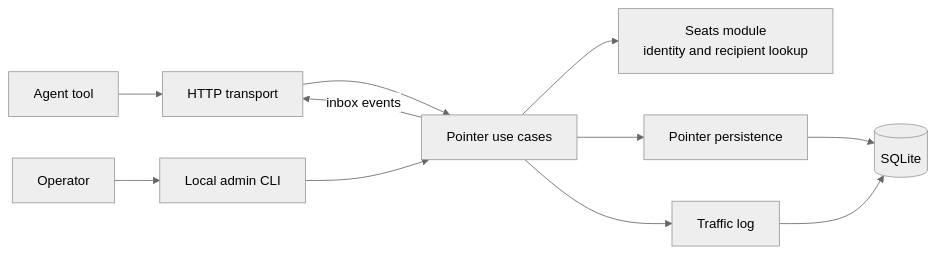
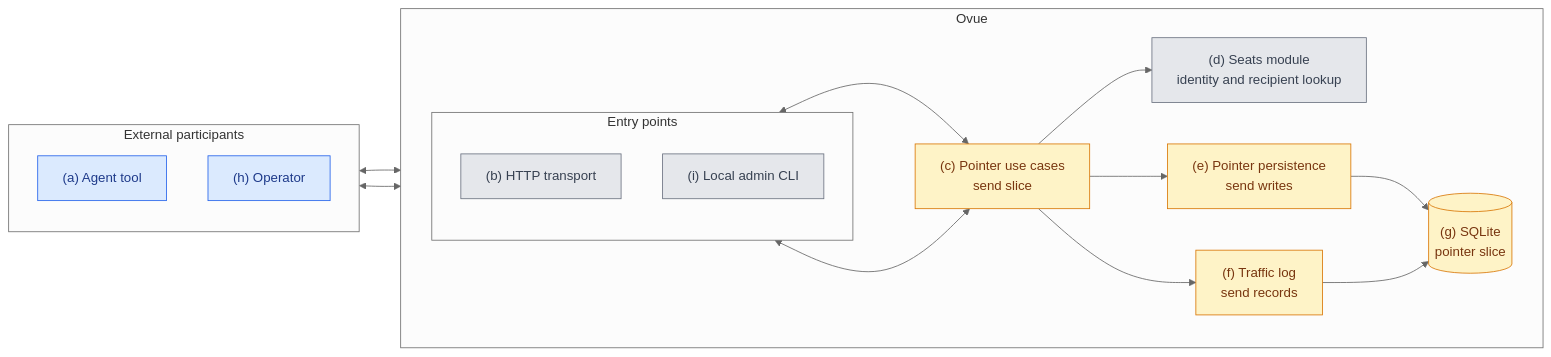
The diagram in ovue/modules/pointers/spec.md (afroguy16/ovue), drawn with Mermaid (neutral theme) before and after one commit. The commit also changed other lines of this file and 3 other files, not shown here.

Commit message:
feat(pointers): implement atomic send slice

````diff
--- a/ovue/modules/pointers/spec.md
+++ b/ovue/modules/pointers/spec.md
@@ -27,16 +27,41 @@
 ```mermaid
 flowchart LR
-    Agent[Agent tool] --> HTTP[HTTP transport]
-    Operator[Operator] --> CLI[Local admin CLI]
+    subgraph People[External participants]
+        direction TB
+        Agent["(a) Agent tool"]
+        Operator["(h) Operator"]
+    end
 
-    HTTP --> UseCases[Pointer use cases]
-    CLI --> UseCases
+    subgraph Ovue[Ovue]
+        direction LR
+        subgraph Entry[Entry points]
+            direction TB
+            HTTP["(b) HTTP transport"]
+            CLI["(i) Local admin CLI"]
+        end
 
-    UseCases --> Seats[Seats module<br/>identity and recipient lookup]
-    UseCases --> Storage[Pointer persistence]
-    UseCases --> Traffic[Traffic log]
-    Storage --> DB[(SQLite)]
-    Traffic --> DB
+        UseCases["(c) Pointer use cases<br/>send slice"]
+        Seats["(d) Seats module<br/>identity and recipient lookup"]
+        Storage["(e) Pointer persistence<br/>send writes"]
+        Traffic["(f) Traffic log<br/>send records"]
+        DB[("(g) SQLite<br/>pointer slice")]
 
-    UseCases -->|inbox events| HTTP
+        HTTP <--> UseCases
+        CLI <--> UseCases
+        UseCases --> Seats
+        UseCases --> Storage
+        UseCases --> Traffic
+        Storage --> DB
+        Traffic --> DB
+    end
+
+    Agent <--> HTTP
+    Operator <--> CLI
+
+    classDef partial fill:#fef3c7,stroke:#d97706,color:#78350f;
+    classDef todo fill:#e5e7eb,stroke:#6b7280,color:#374151;
+    classDef external fill:#dbeafe,stroke:#2563eb,color:#1e3a8a;
+    class UseCases,Storage,Traffic,DB partial;
+    class HTTP,CLI,Seats todo;
+    class Agent,Operator external;
 ```
````
